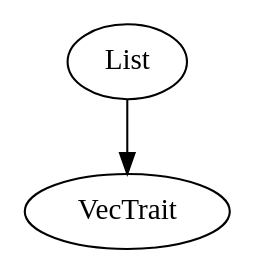
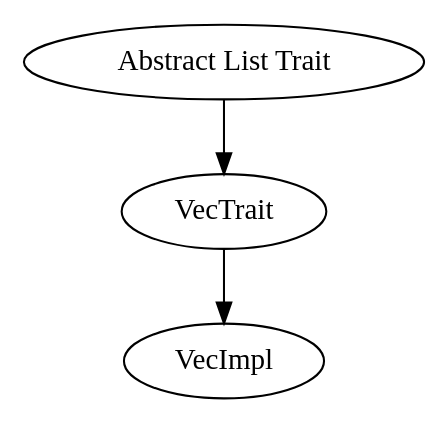
Before and after one commit to FabricatorZayac/generi.c: the second of 2 diagrams in README.org, drawn with Graphviz. The commit also changed other lines of this file and 2 other files, not shown here.

Commit message:
I think this kinda describes the architecture

```diff
--- a/README.org
+++ b/README.org
@@ -10,5 +18,5 @@
-#+begin_src dot :file vector.png
+#+begin_src dot :file vector.png :exports results
 digraph {
-    List -> VecTrait
+    "Abstract List Trait" -> VecTrait -> VecImpl
 }
-#+end_src
+#+END_SRC
```
